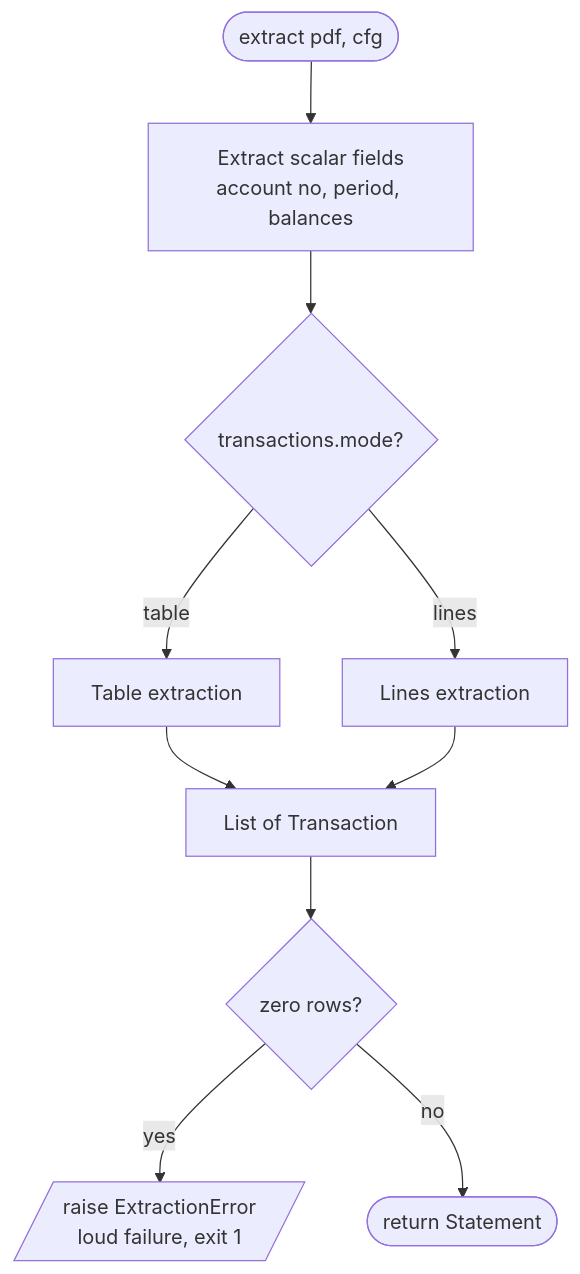
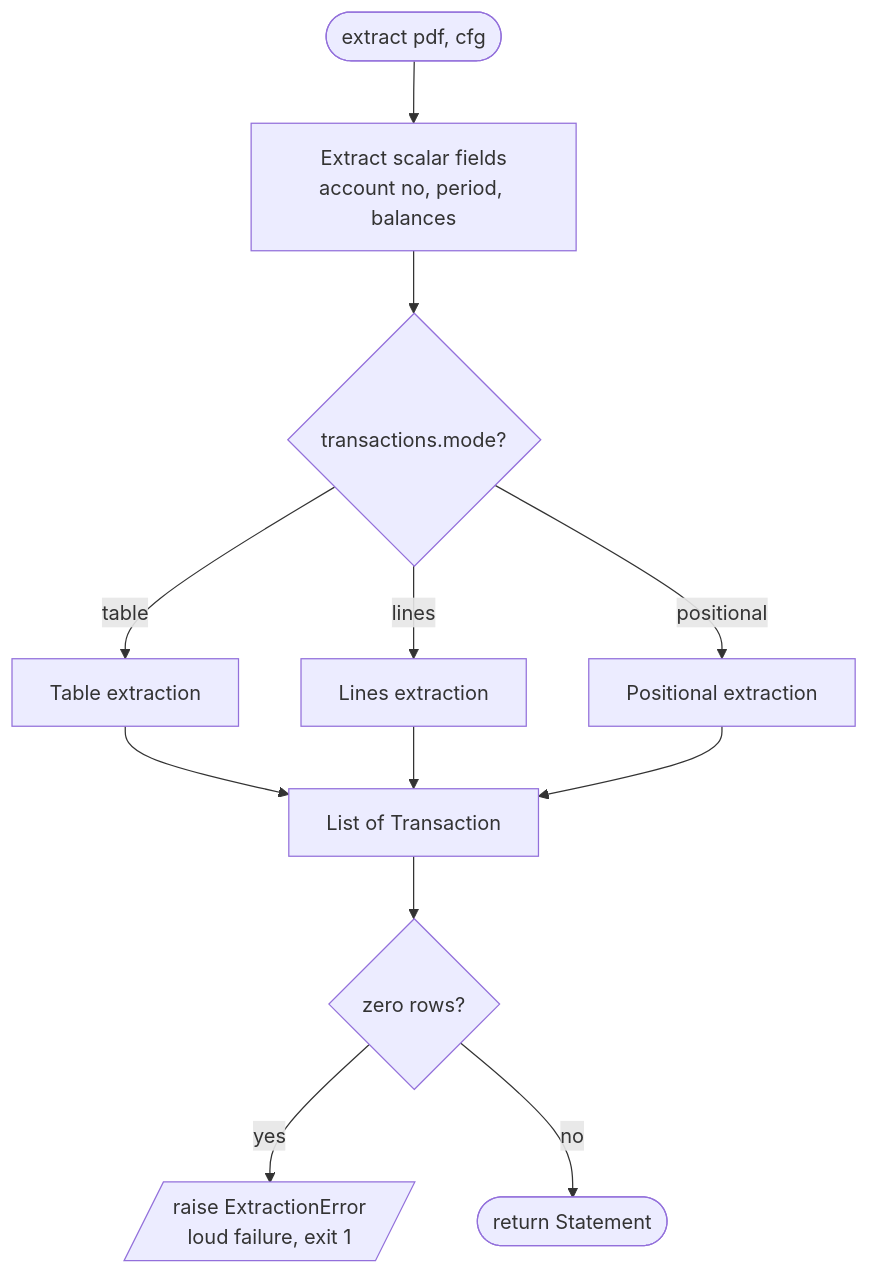
Before and after one commit to kenlim/pdf-bank-statement-extractor: the first of 6 diagrams in docs/architecture/extraction-engine.md, drawn with Mermaid. The commit also changed other lines of this file and 10 other files, not shown here.

First line of the commit message:
Add positional extraction mode and HSBC Advance extractor

````diff
--- a/docs/architecture/extraction-engine.md
+++ b/docs/architecture/extraction-engine.md
@@ -9,14 +9,16 @@
 ```mermaid
 flowchart TD
     start([extract pdf, cfg]) --> fields[Extract scalar fields<br/>account no, period, balances]
     fields --> mode{transactions.mode?}
 
     mode -->|table| tbl[Table extraction]
     mode -->|lines| lin[Lines extraction]
+    mode -->|positional| pos[Positional extraction]
 
     tbl --> rows[List of Transaction]
     lin --> rows
+    pos --> rows
     rows --> empty{zero rows?}
     empty -->|yes| err[/raise ExtractionError<br/>loud failure, exit 1/]
     empty -->|no| stmt([return Statement])
 ```
````
